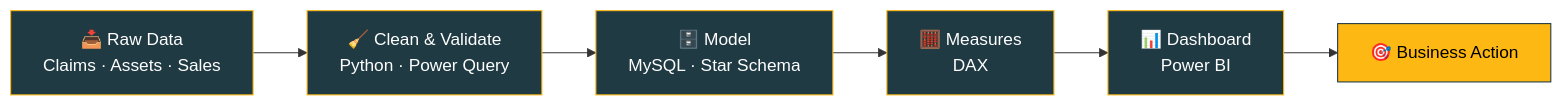
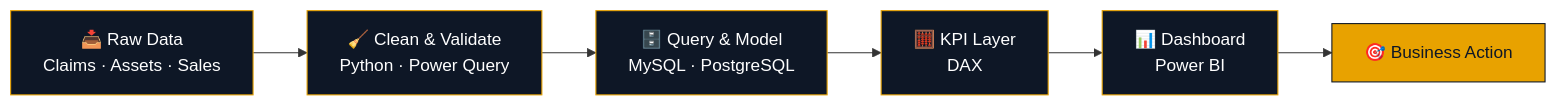
Before and after one commit to anthony-raj-analytics/anthony-raj-analytics: the diagram in README.md, drawn with Mermaid. The commit also changed other lines of this file, not shown here.

````diff
--- a/README.md
+++ b/README.md
@@ -98,15 +88,15 @@
 ```mermaid
 flowchart LR
-    A[📥 Raw Data<br/>Claims · Assets · Sales] --> B[🧹 Clean & Validate<br/>Python · Power Query]
-    B --> C[🗄️ Model<br/>MySQL · Star Schema]
-    C --> D[🧮 Measures<br/>DAX]
-    D --> E[📊 Dashboard<br/>Power BI]
-    E --> F[🎯 Business Action]
+    A["📥 Raw Data<br/>Claims · Assets · Sales"] --> B["🧹 Clean & Validate<br/>Python · Power Query"]
+    B --> C["🗄️ Query & Model<br/>MySQL · PostgreSQL"]
+    C --> D["🧮 KPI Layer<br/>DAX"]
+    D --> E["📊 Dashboard<br/>Power BI"]
+    E --> F["🎯 Business Action"]
 
-    style A fill:#203A43,stroke:#FDB813,color:#fff
-    style B fill:#203A43,stroke:#FDB813,color:#fff
-    style C fill:#203A43,stroke:#FDB813,color:#fff
-    style D fill:#203A43,stroke:#FDB813,color:#fff
-    style E fill:#203A43,stroke:#FDB813,color:#fff
-    style F fill:#FDB813,stroke:#203A43,color:#000
+    style A fill:#0E1726,stroke:#E8A200,color:#fff
+    style B fill:#0E1726,stroke:#E8A200,color:#fff
+    style C fill:#0E1726,stroke:#E8A200,color:#fff
+    style D fill:#0E1726,stroke:#E8A200,color:#fff
+    style E fill:#0E1726,stroke:#E8A200,color:#fff
+    style F fill:#E8A200,stroke:#0E1726,color:#0E1726
 ```
````
